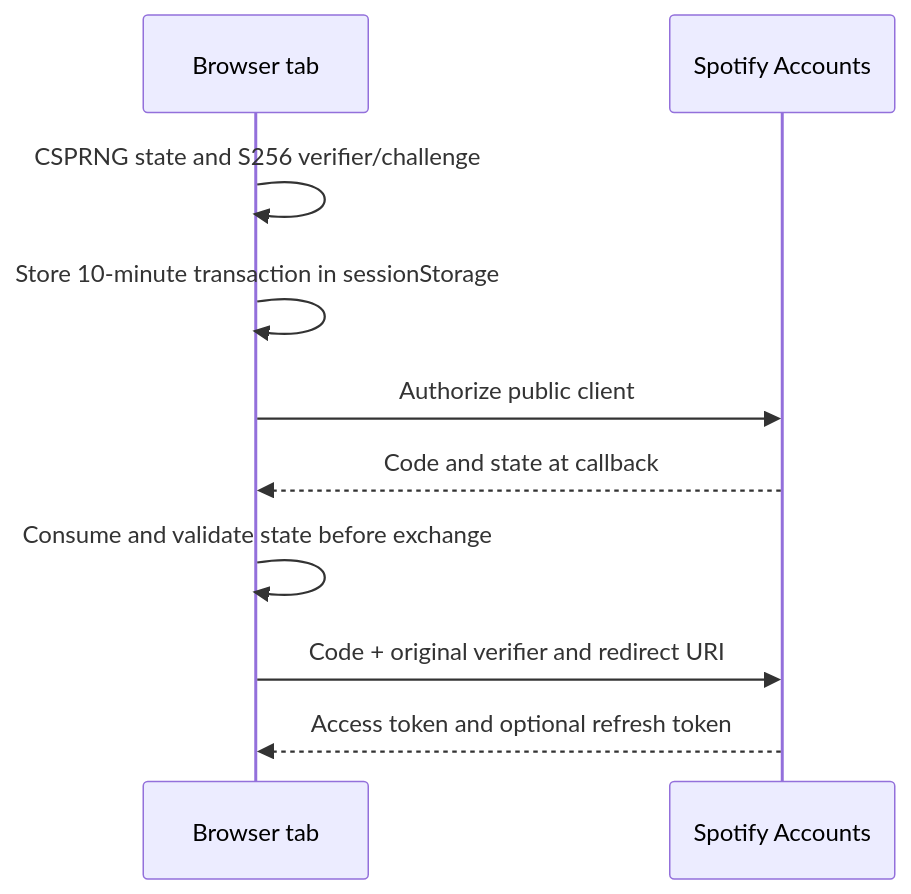
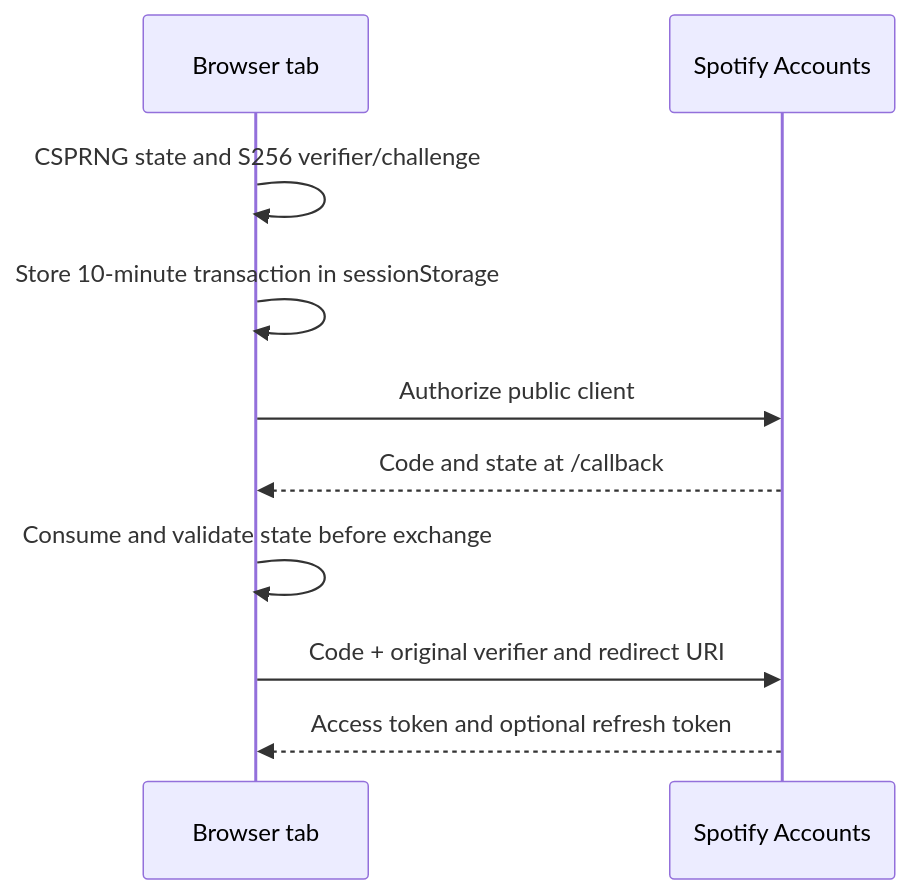
One commit to dev-nezuko/nextjs-audio-player-ui changed the second of 2 diagrams in README.md. Above: the diagram before and after it, drawn with Mermaid. The commit also changed other lines of this file and 7 other files, not shown here.

````diff
--- a/README.md
+++ b/README.md
@@ -25,12 +70,12 @@
 ```mermaid
 sequenceDiagram
   participant B as Browser tab
   participant S as Spotify Accounts
   B->>B: CSPRNG state and S256 verifier/challenge
   B->>B: Store 10-minute transaction in sessionStorage
   B->>S: Authorize public client
-  S-->>B: Code and state at callback
+  S-->>B: Code and state at /callback
   B->>B: Consume and validate state before exchange
   B->>S: Code + original verifier and redirect URI
   S-->>B: Access token and optional refresh token
 ```
````
